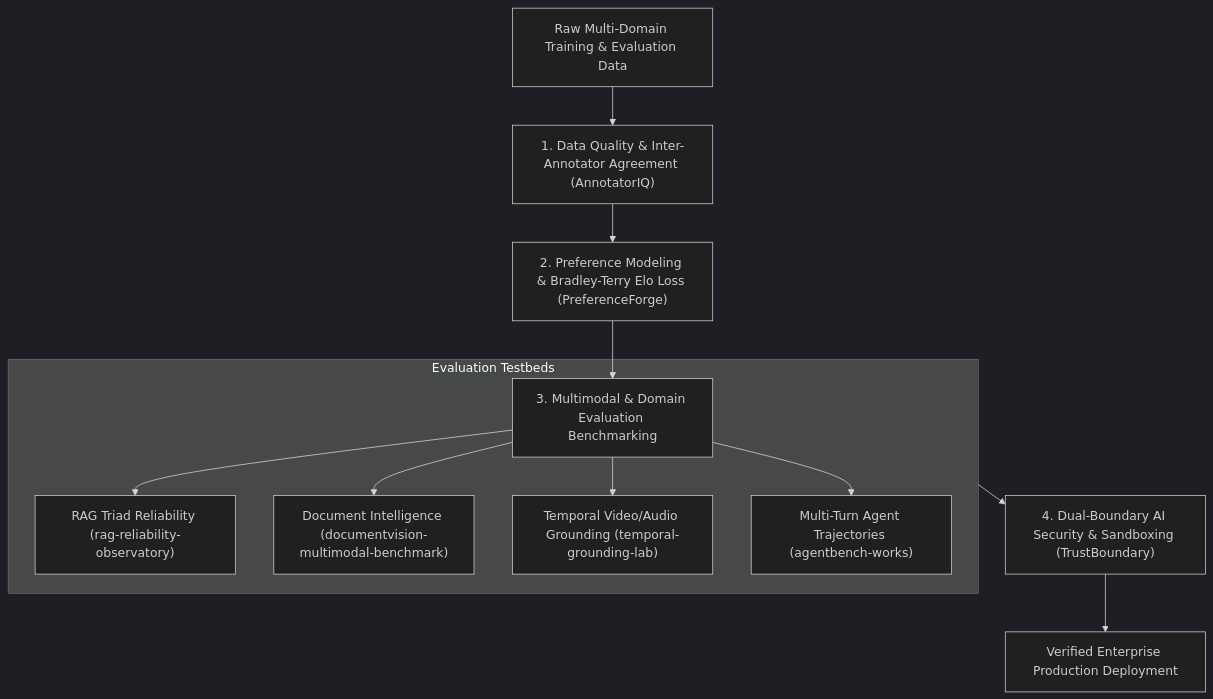
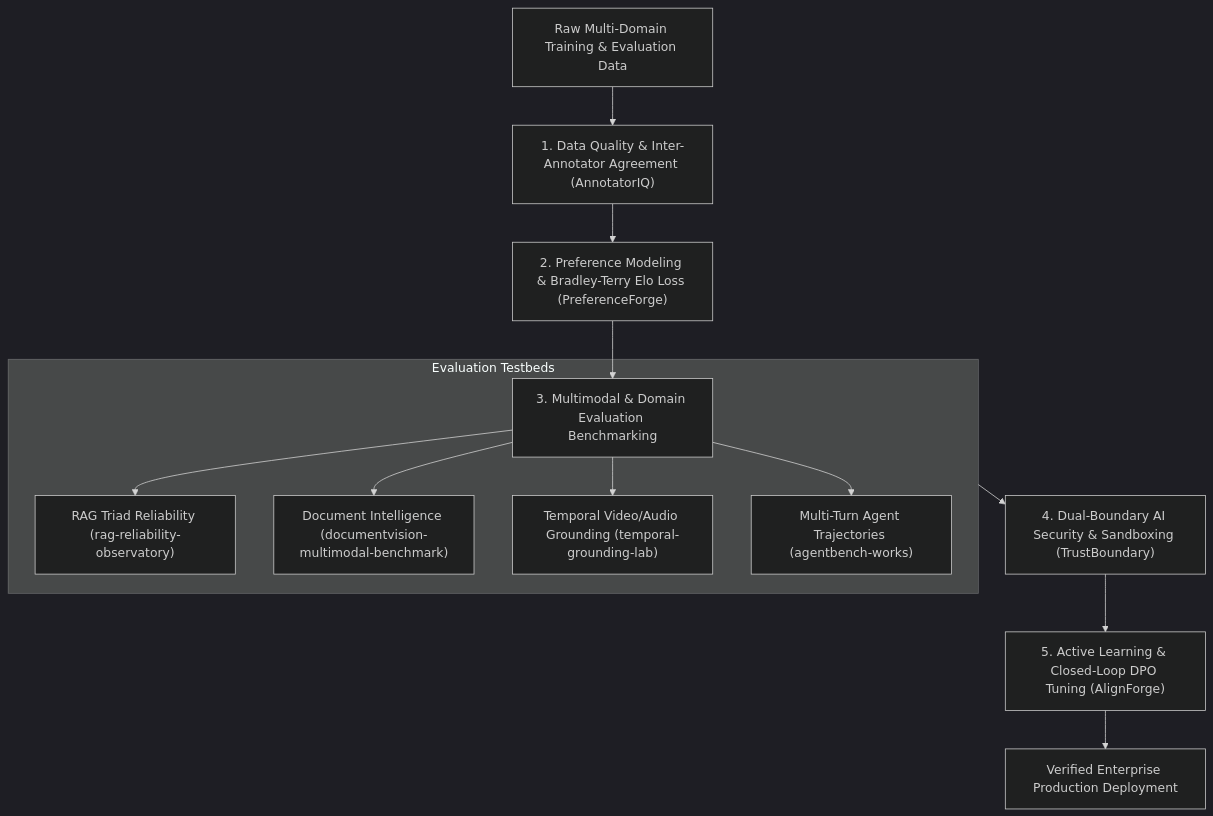
One commit to master72o/master-ai-evaluation-portfolio changed the diagram in README.md. Above: the diagram before and after it, drawn with Mermaid (dark theme). The commit also changed other lines of this file and 1 other file, not shown here.

Commit message:
feat(portfolio): integrate AlignForge as 8th flagship and update benchmark metrics

````diff
--- a/README.md
+++ b/README.md
@@ -47,16 +48,17 @@
 ```mermaid
 graph TD
     RawData["Raw Multi-Domain Training & Evaluation Data"] --> Stage1["1. Data Quality & Inter-Annotator Agreement (AnnotatorIQ)"]
     Stage1 --> Stage2["2. Preference Modeling & Bradley-Terry Elo Loss (PreferenceForge)"]
     Stage2 --> Stage3["3. Multimodal & Domain Evaluation Benchmarking"]
     
     subgraph MultiDomainBench["Evaluation Testbeds"]
         Stage3 --> RAG["RAG Triad Reliability (rag-reliability-observatory)"]
         Stage3 --> DocVLM["Document Intelligence (documentvision-multimodal-benchmark)"]
         Stage3 --> Temporal["Temporal Video/Audio Grounding (temporal-grounding-lab)"]
         Stage3 --> Agent["Multi-Turn Agent Trajectories (agentbench-works)"]
     end
     
     MultiDomainBench --> Stage4["4. Dual-Boundary AI Security & Sandboxing (TrustBoundary)"]
-    Stage4 --> ProdDeploy["Verified Enterprise Production Deployment"]
+    Stage4 --> Stage5["5. Active Learning & Closed-Loop DPO Tuning (AlignForge)"]
+    Stage5 --> ProdDeploy["Verified Enterprise Production Deployment"]
 ```
````
